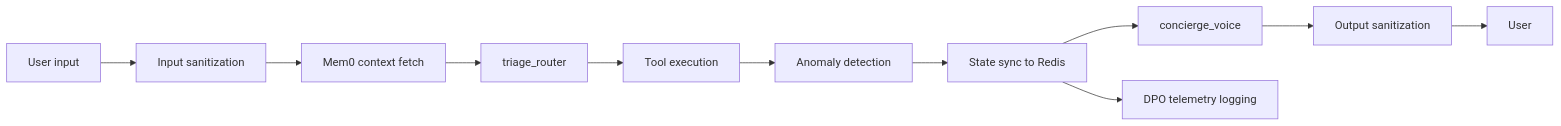
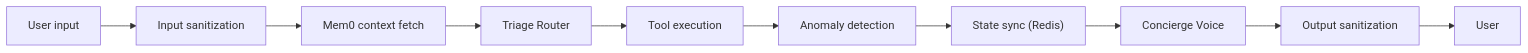
One commit to muhammadhasaan82/AI_Property_Booking_concierge changed the third of 3 diagrams in README.md. Above: the diagram before and after it, drawn with Mermaid. The commit also changed other lines of this file, not shown here.

Commit message:
docs: update README to clarify V2 architecture, enhance descriptions, and improve flowcharts

````diff
--- a/README.md
+++ b/README.md
@@ -78,14 +80,12 @@
 ```mermaid
 flowchart LR
     IN["User input"] --> IS["Input sanitization"]
     IS --> MC["Mem0 context fetch"]
-    MC --> TR["triage_router"]
+    MC --> TR["Triage Router"]
     TR --> TE["Tool execution"]
     TE --> AD["Anomaly detection"]
-    AD --> SS["State sync to Redis"]
-    SS --> CV["concierge_voice"]
+    AD --> SS["State sync (Redis)"]
+    SS --> CV["Concierge Voice"]
     CV --> OS["Output sanitization"]
     OS --> OUT["User"]
-
-    SS --> TP["DPO telemetry logging"]
 ```
````
